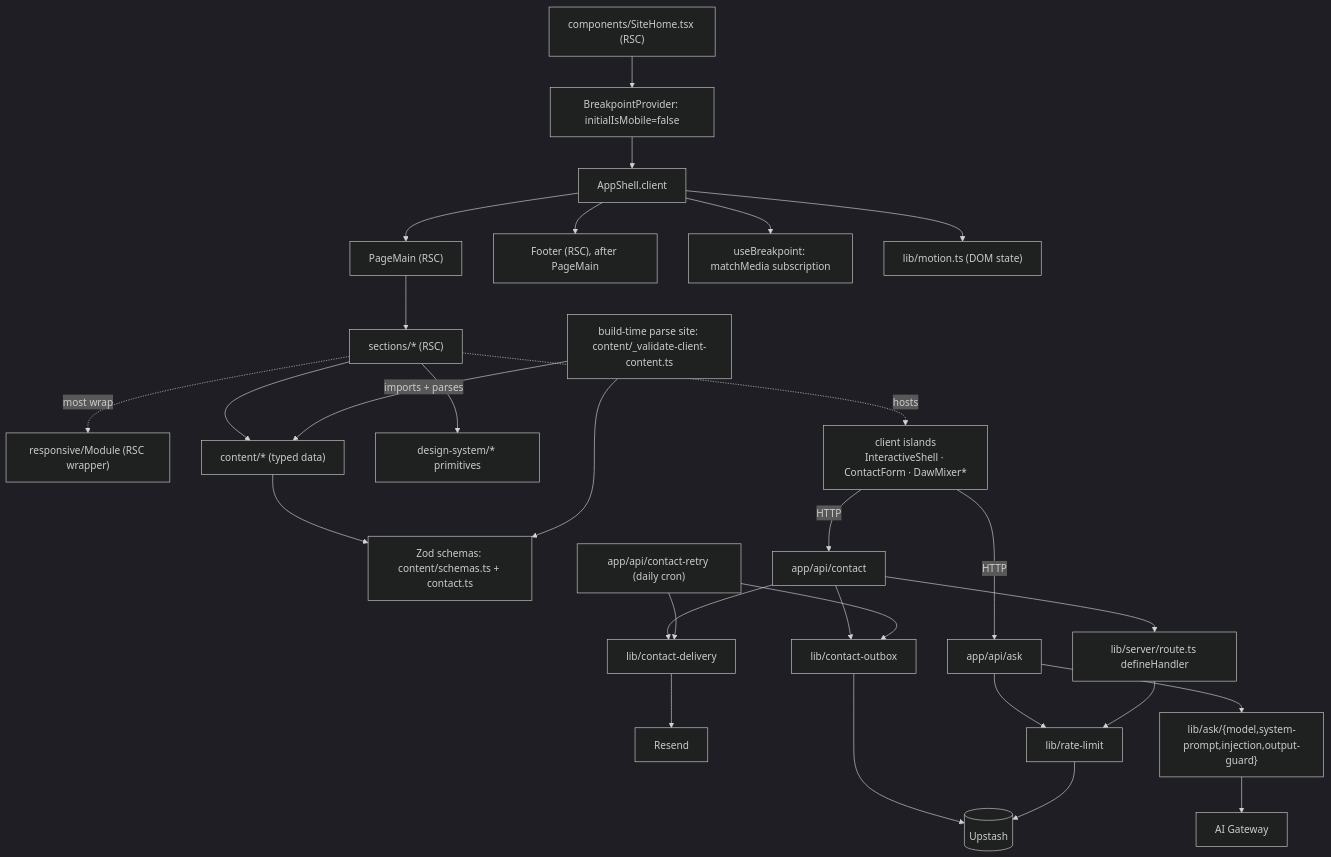
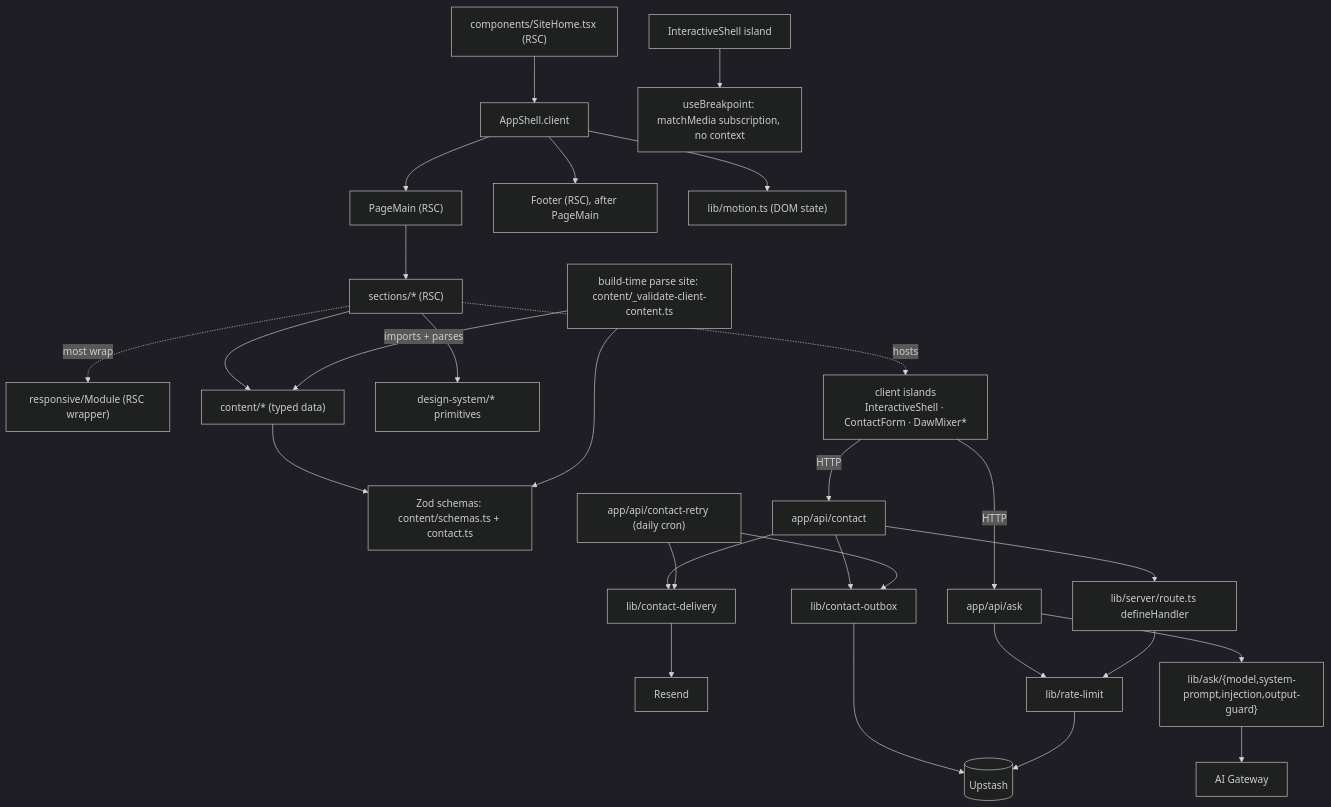
Before and after one commit to erikunha/portfolio: the third of 3 diagrams in docs/01-architecture.md, drawn with Mermaid (dark theme). The commit also changed 14 other files, not shown here.

````diff
--- a/docs/01-architecture.md
+++ b/docs/01-architecture.md
@@ -100,31 +100,30 @@
 ```mermaid
 flowchart TD
-    page["components/SiteHome.tsx (RSC)"] --> bp["BreakpointProvider: initialIsMobile=false"]
-    bp --> shell["AppShell.client"]
+    page["components/SiteHome.tsx (RSC)"] --> shell["AppShell.client"]
     shell --> main["PageMain (RSC)"]
     main --> sectionN["sections/* (RSC)"]
     shell --> footer["Footer (RSC), after PageMain"]
     sectionN -. most wrap .-> module["responsive/Module (RSC wrapper)"]
     sectionN --> content["content/* (typed data)"]
     sectionN --> dsprim["design-system/* primitives"]
     sectionN -. hosts .-> island["client islands<br/>InteractiveShell · ContactForm · DawMixer*"]
     content --> schemas["Zod schemas: content/schemas.ts + contact.ts"]
     gate["build-time parse site: content/_validate-client-content.ts"] -->|imports + parses| content
     gate --> schemas
     island -->|HTTP| apiask["app/api/ask"]
     island -->|HTTP| apicontact["app/api/contact"]
     apicontact --> defh["lib/server/route.ts defineHandler"]
     apicontact --> delivery["lib/contact-delivery"]
     apicontact --> outbox["lib/contact-outbox"]
     retry["app/api/contact-retry (daily cron)"] --> delivery
     retry --> outbox
     outbox --> redis
     delivery --> resend["Resend"]
     apiask --> rl["lib/rate-limit"]
     apiask --> askmod["lib/ask/{model,system-prompt,injection,output-guard}"]
     defh --> rl
     rl --> redis[("Upstash")]
     askmod --> gw["AI Gateway"]
-    shell --> media["useBreakpoint: matchMedia subscription"]
+    shellisland["InteractiveShell island"] --> media["useBreakpoint: matchMedia subscription, no context"]
     shell --> motion["lib/motion.ts (DOM state)"]
 ```
````
